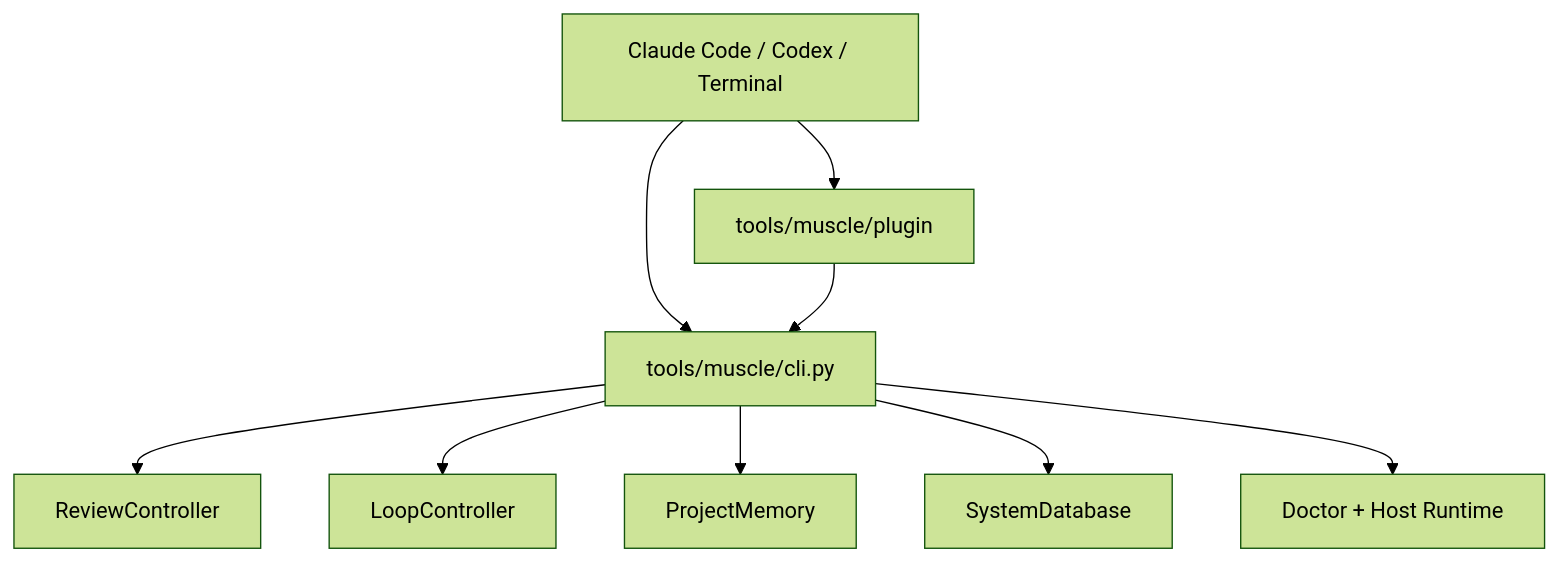
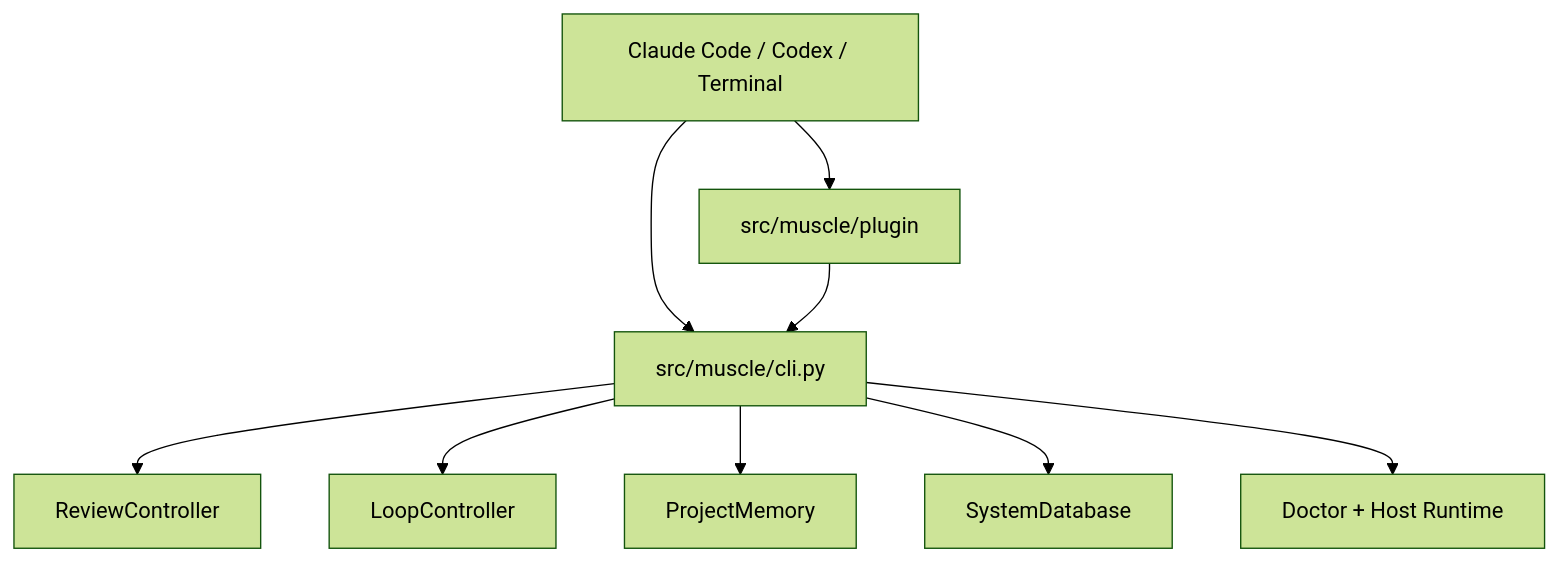
Before and after one commit to LivingEthos/muscle: the diagram in wiki/concepts/architecture.md, drawn with Mermaid (forest theme). The commit also changed other lines of this file and 419 other files, not shown here.

````diff
--- a/wiki/concepts/architecture.md
+++ b/wiki/concepts/architecture.md
@@ -20,20 +20,20 @@
 ```mermaid
 flowchart TD
     Host["Claude Code / Codex / Terminal"]
-    Plugin["tools/muscle/plugin"]
-    CLI["tools/muscle/cli.py"]
+    Plugin["src/muscle/plugin"]
+    CLI["src/muscle/cli.py"]
     Review["ReviewController"]
     Run["LoopController"]
     Memory["ProjectMemory"]
     System["SystemDatabase"]
     Doctor["Doctor + Host Runtime"]
 
     Host --> Plugin
     Host --> CLI
     Plugin --> CLI
     CLI --> Review
     CLI --> Run
     CLI --> Memory
     CLI --> System
     CLI --> Doctor
 ```
````
